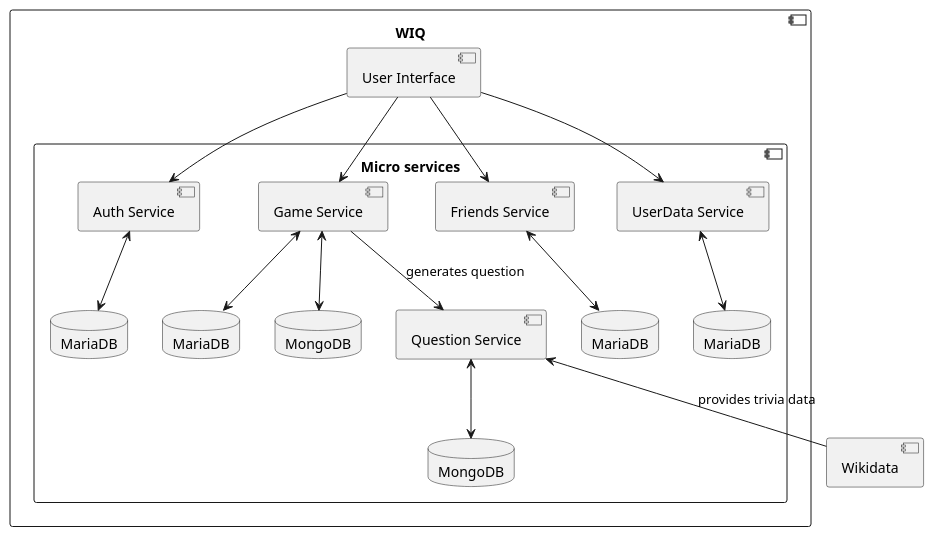
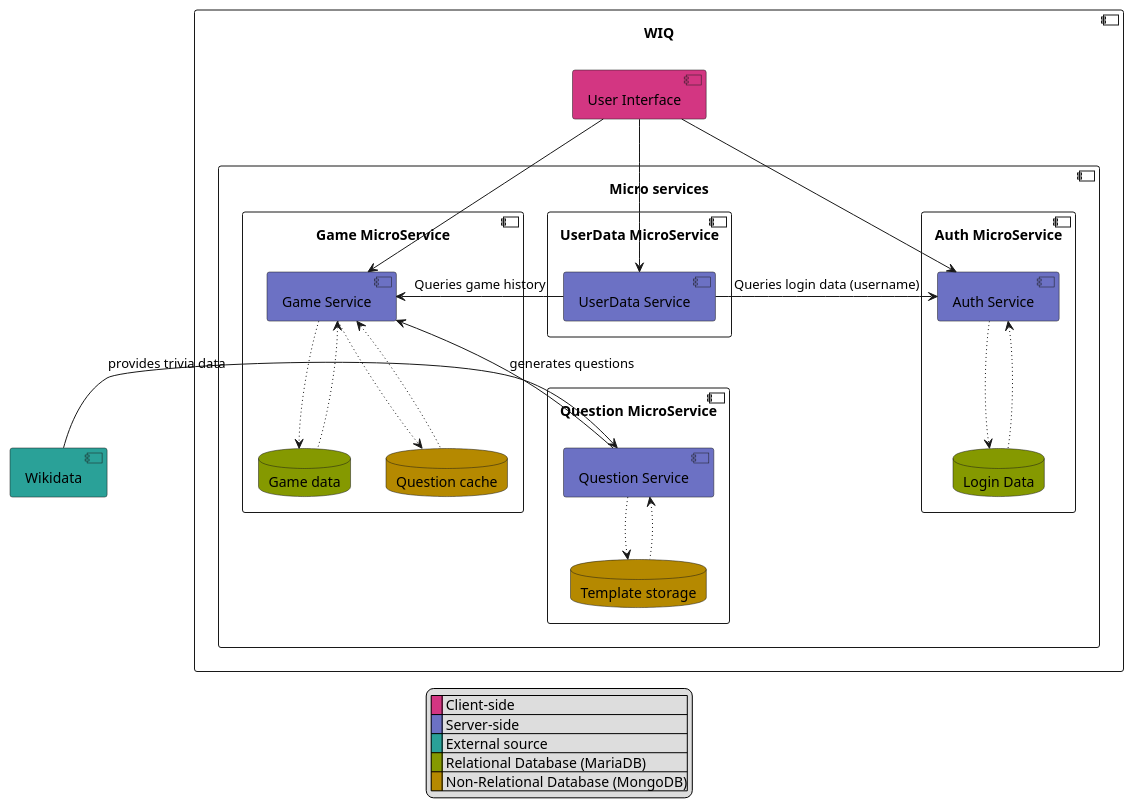
Before and after one commit to Arquisoft/wiq_es1c: the third of 3 diagrams in docs/src/05_building_block_view.adoc, drawn with PlantUML. The commit also changed other lines of this file, not shown here.

Commit message:
Updated 05

```diff
--- a/docs/src/05_building_block_view.adoc
+++ b/docs/src/05_building_block_view.adoc
@@ -66,41 +71,58 @@
 [plantuml,"BlackBox Level 3",png]
 ----
 Component WIQ as "WIQ" {
 
     Component ms as "Micro services" {
-        Component auth as "Auth Service"
-        Component questions as "Question Service"
-        Component game as "Game Service"
-        Component friends as "Friends Service"
-        Component history as "UserData Service"
-        Database d1 as "MariaDB"
-        Database d2 as "MariaDB"
-        Database d3 as "MariaDB"
-        Database d4 as "MariaDB"
-        Database d5 as "MongoDB"
-        Database d6 as "MongoDB"
+        Component c1 as "Auth MicroService" {
+            Component auth as "Auth Service" #6c71c4 
+            Database d1 as "Login Data" #859900
+        }
+
+        Component c2 as "UserData MicroService" {
+            Component history as "UserData Service" #6c71c4
+        }
+
+        Component c3 as "Game MicroService" {
+            Component game as "Game Service" #6c71c4
+            Database d2 as "Game data" #859900
+            Database d5 as "Question cache" #b58900 
+        }
+
+        Component c4 as "Question MicroService" {
+            Component questions as "Question Service" #6c71c4
+            Database d6 as "Template storage" #b58900
+        }
     }
 
-    Component ui as "User Interface"
-
+    Component ui as "User Interface" #d33682
 
     ui -down-> auth
     ui -down-> game
     ui -down-> history
-    ui -down-> friends
 
-
-
-    auth <-down-> d1
-    game <-down-> d2
-    friends <-down-> d3
-    history <-down-> d4
-    game <-down-> d5
-    questions <-down-> d6
+    auth -[dotted]-> d1
+    auth <-[dotted]- d1
+    game -[dotted]-> d2
+    game <-[dotted]- d2
+    game -[dotted]-> d5
+    game <-[dotted]- d5
+    questions -[dotted]-> d6
+    questions <-[dotted]- d6
 }
 
-Component w as "Wikidata"
+Component w as "Wikidata" #2aa198
 
-game -down-> questions: generates question
-questions <-down- w: provides trivia data
+game <-- questions: generates questions
+questions <-left- w: provides trivia data
+
+game <-right- history: Queries game history
+auth <-left- history: Queries login data (username)
+
+legend
+ |<back:#d33682>   </back>| Client-side |
+ |<back:#6c71c4>   </back>| Server-side |
+ |<back:#2aa198>   </back>| External source |
+ |<back:#859900>   </back>| Relational Database (MariaDB) |
+ |<back:#b58900>   </back>| Non-Relational Database (MongoDB)|
+endlegend
 ----
```
